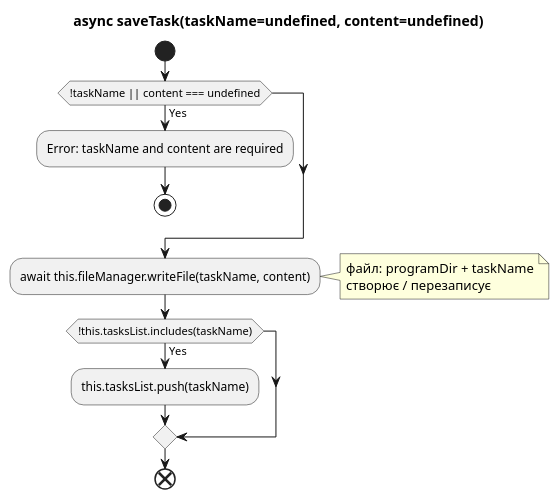
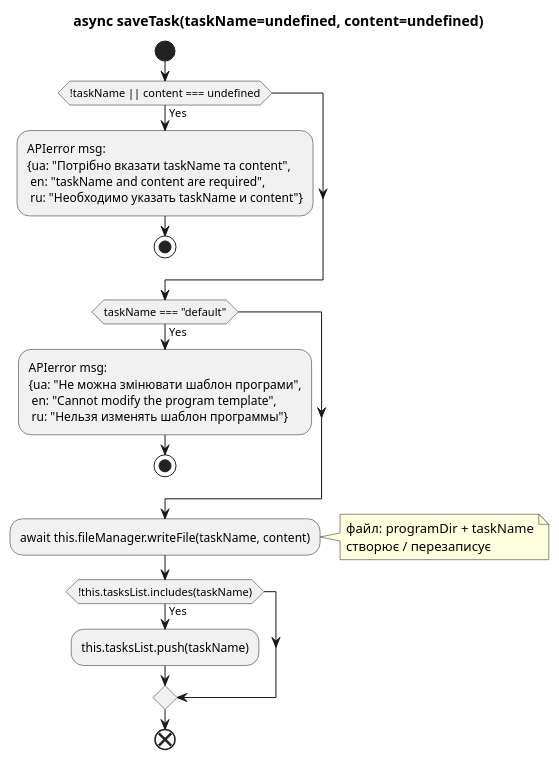
Before and after one commit to YVitalii/ASUTP2021: the fifth of 9 diagrams in controllers/tasksController/task.puml, drawn with PlantUML. The commit also changed other lines of this file and 9 other files, not shown here.

Commit message:
Доопрацювати TasksManager: APIerror, захист default/active, getFullHtml через API-шаблон, ProcessManager.

```diff
--- a/controllers/tasksController/task.puml
+++ b/controllers/tasksController/task.puml
@@ -56,18 +60,28 @@
 @startuml saveTask
 
 title async saveTask(taskName=undefined, content=undefined)
 start
 if (!taskName || content === undefined) then (Yes)
-    :Error: taskName and content are required;
+    :APIerror msg:
+    {ua: "Потрібно вказати taskName та content",
+     en: "taskName and content are required",
+     ru: "Необходимо указать taskName и content"};
+    stop
+endif
+if (taskName === "default") then (Yes)
+    :APIerror msg:
+    {ua: "Не можна змінювати шаблон програми",
+     en: "Cannot modify the program template",
+     ru: "Нельзя изменять шаблон программы"};
     stop
 endif
 :await this.fileManager.writeFile(taskName, content);
 note right
   файл: programDir + taskName
   створює / перезаписує
 end note
 if (!this.tasksList.includes(taskName)) then (Yes)
     :this.tasksList.push(taskName);
 endif
 end
 @enduml
```
